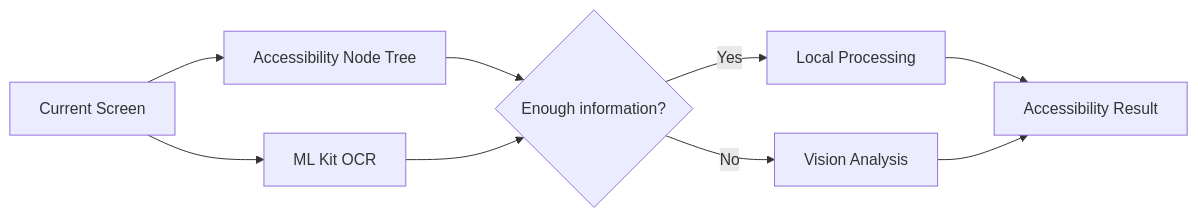
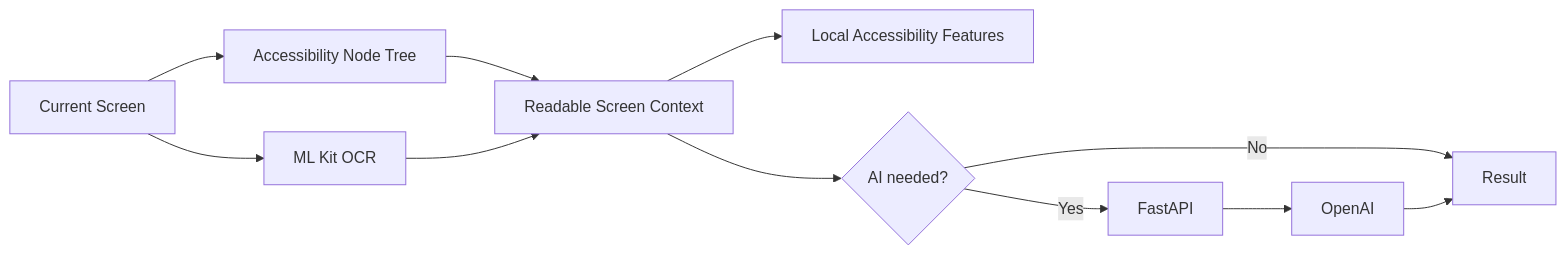
The second of 2 diagrams in README.md (yesanghyeong/halovision), drawn with Mermaid before and after one commit. The commit also changed other lines of this file, not shown here.

Commit message:
docs: update HaloVision V3 README

````diff
--- a/README.md
+++ b/README.md
@@ -223,27 +150,13 @@
 ```mermaid
 flowchart LR
-
-    SCREEN["Current Screen"]
-
-    NODE["Accessibility Node Tree"]
-    OCR["ML Kit OCR"]
-
-    CHECK{"Enough information?"}
-
-    LOCAL["Local Processing"]
-    VISION["Vision Analysis"]
-
-    RESULT["Accessibility Result"]
-
-    SCREEN --> NODE
-    SCREEN --> OCR
-
-    NODE --> CHECK
-    OCR --> CHECK
-
-    CHECK -->|Yes| LOCAL
-    CHECK -->|No| VISION
-
-    LOCAL --> RESULT
-    VISION --> RESULT
+    S[Current Screen] --> N[Accessibility Node Tree]
+    S --> O[ML Kit OCR]
+    N --> R[Readable Screen Context]
+    O --> R
+    R --> L[Local Accessibility Features]
+    R --> D{AI needed?}
+    D -->|No| A[Result]
+    D -->|Yes| API[FastAPI]
+    API --> AI[OpenAI]
+    AI --> A
 ```
````
